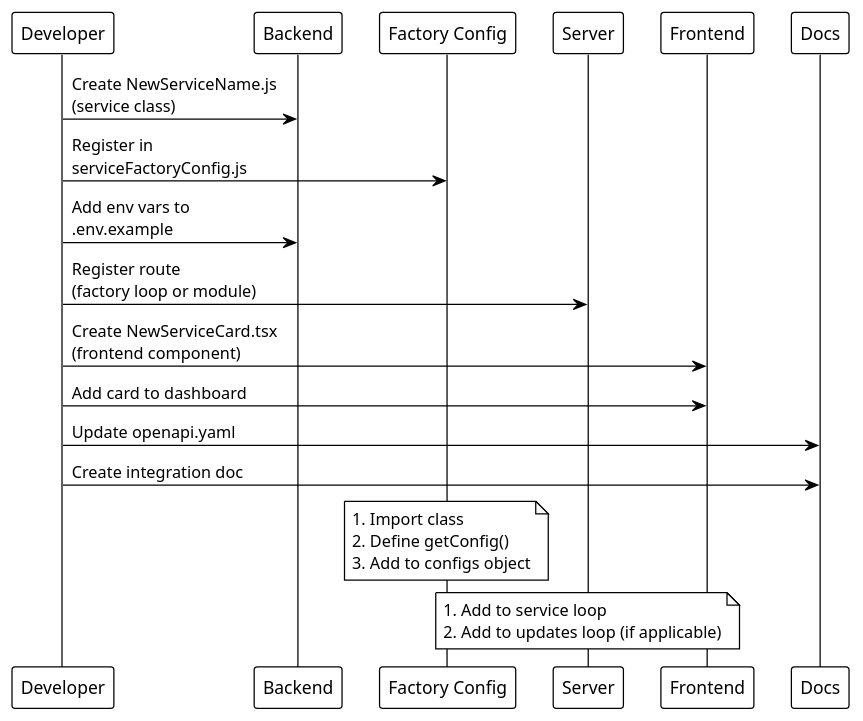
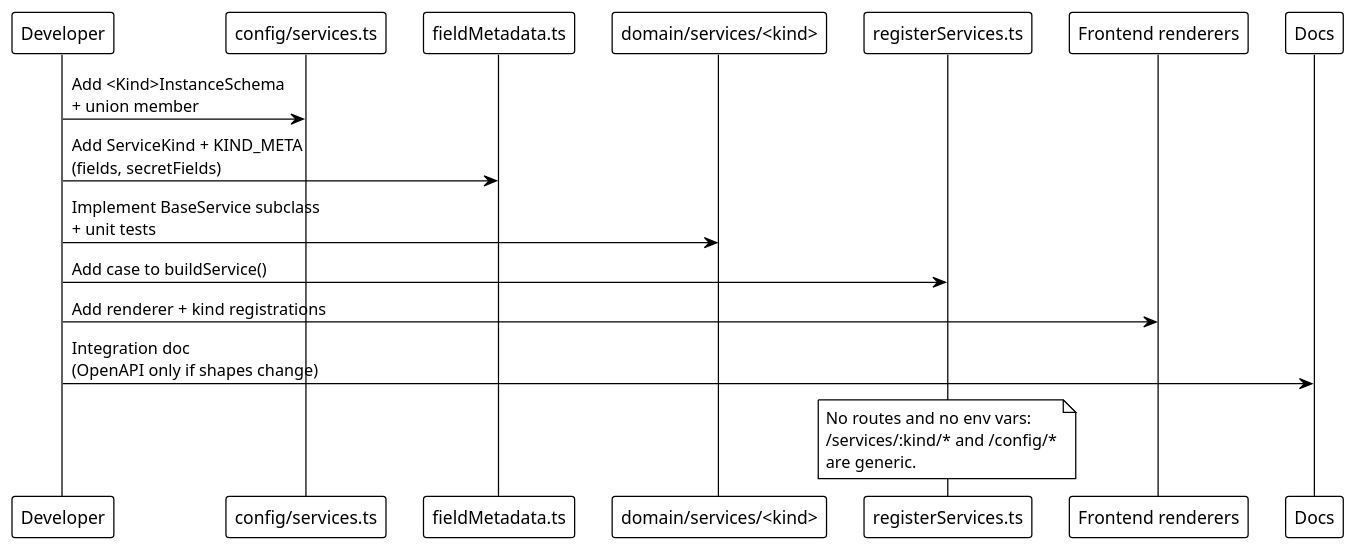
One commit to EraPartner/Watchman changed the first of 3 diagrams in docs/guides/adding-services.md. Above: the diagram before and after it, drawn with PlantUML. The commit also changed other lines of this file and 32 other files, not shown here.

````diff
--- a/docs/guides/adding-services.md
+++ b/docs/guides/adding-services.md
@@ -217,32 +167,26 @@
 ```plantuml
 @startuml
 !theme plain
 
 participant "Developer" as Dev
-participant "Backend" as BE
-participant "Factory Config" as Factory
-participant "Server" as Server
-participant "Frontend" as FE
+participant "config/services.ts" as Schema
+participant "fieldMetadata.ts" as Meta
+participant "domain/services/<kind>" as Svc
+participant "registerServices.ts" as Factory
+participant "Frontend renderers" as FE
 participant "Docs" as Docs
 
-Dev -> BE : Create NewServiceName.js\n(service class)
-Dev -> Factory : Register in\nserviceFactoryConfig.js
-Dev -> BE : Add env vars to\n.env.example
-Dev -> Server : Register route\n(factory loop or module)
-Dev -> FE : Create NewServiceCard.tsx\n(frontend component)
-Dev -> FE : Add card to dashboard
-Dev -> Docs : Update openapi.yaml
-Dev -> Docs : Create integration doc
+Dev -> Schema : Add <Kind>InstanceSchema\n+ union member
+Dev -> Meta : Add ServiceKind + KIND_META\n(fields, secretFields)
+Dev -> Svc : Implement BaseService subclass\n+ unit tests
+Dev -> Factory : Add case to buildService()
+Dev -> FE : Add renderer + kind registrations
+Dev -> Docs : Integration doc\n(OpenAPI only if shapes change)
 
 note over Factory
-  1. Import class
-  2. Define getConfig()
-  3. Add to configs object
-end note
-
-note over Server
-  1. Add to service loop
-  2. Add to updates loop (if applicable)
+  No routes and no env vars:
+  /services/:kind/* and /config/*
+  are generic.
 end note
 @enduml
 ```
````
